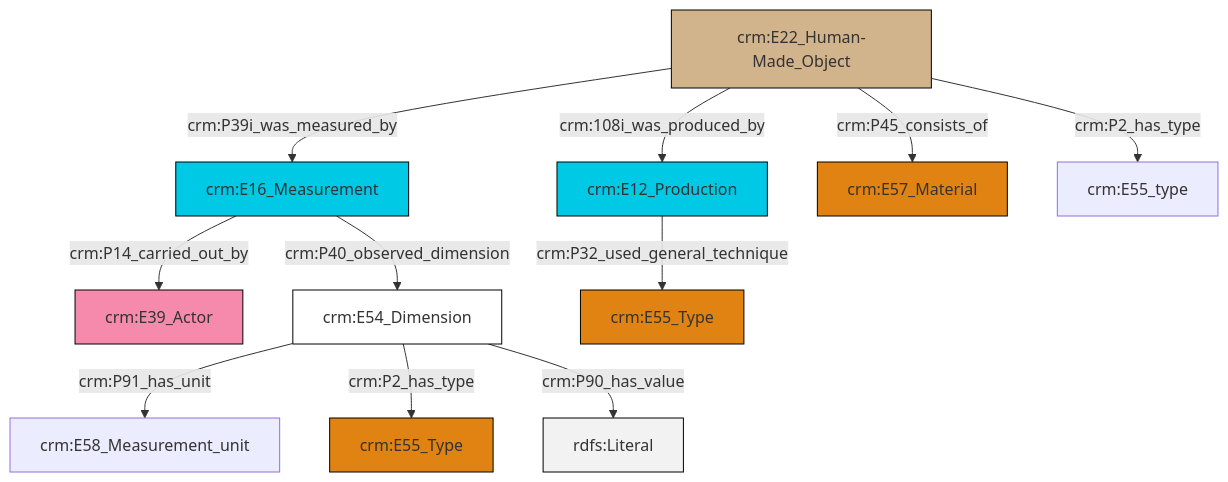
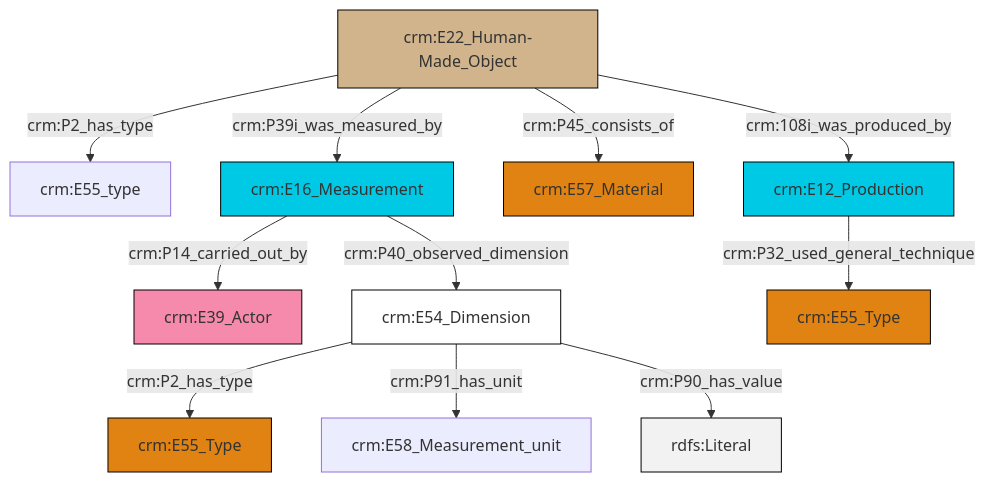
The diagram in et/builtWorkCSV/ttl/mmd/Built_Work_substance.ttl.mmd (swiss-art-research-net/reference-data-models), drawn with Mermaid before and after one commit. The commit also changed 131 other files, not shown here.

```diff
--- a/et/builtWorkCSV/ttl/mmd/Built_Work_substance.ttl.mmd
+++ b/et/builtWorkCSV/ttl/mmd/Built_Work_substance.ttl.mmd
@@ -1,25 +1,25 @@
 graph TD
 classDef Literal fill:#f2f2f2,stroke:#000000;
 classDef CRM_Entity fill:#FFFFFF,stroke:#000000;
 classDef Temporal_Entity fill:#00C9E6, stroke:#000000;
 classDef Type fill:#E18312, stroke:#000000;
 classDef Time-Span fill:#2C9C91, stroke:#000000;
 classDef Appellation fill:#FFEB7F, stroke:#000000;
 classDef Place fill:#008836, stroke:#000000;
 classDef Persistent_Item fill:#B266B2, stroke:#000000;
 classDef Conceptual_Object fill:#FFD700, stroke:#000000;
 classDef Physical_Thing fill:#D2B48C, stroke:#000000;
 classDef Actor fill:#f58aad, stroke:#000000;
 classDef PC_Classes fill:#4ce600, stroke:#000000;
 classDef Multi fill:#cccccc,stroke:#000000;
 
-0["crm:E16_Measurement"]:::Temporal_Entity -->|crm:P14_carried_out_by| 1["crm:E39_Actor"]:::Actor
-0["crm:E16_Measurement"]:::Temporal_Entity -->|crm:P40_observed_dimension| 2["crm:E54_Dimension"]:::CRM_Entity
-5["crm:E12_Production"]:::Temporal_Entity -->|crm:P32_used_general_technique| 6["crm:E55_Type"]:::Type
-15["crm:E22_Human-Made_Object"]:::Physical_Thing -->|crm:P2_has_type| 16["crm:E55_type"]:::Default
-15["crm:E22_Human-Made_Object"]:::Physical_Thing -->|crm:P39i_was_measured_by| 0["crm:E16_Measurement"]:::Temporal_Entity
-2["crm:E54_Dimension"]:::CRM_Entity -->|crm:P91_has_unit| 8["crm:E58_Measurement_unit"]:::Default
-15["crm:E22_Human-Made_Object"]:::Physical_Thing -->|crm:108i_was_produced_by| 5["crm:E12_Production"]:::Temporal_Entity
-2["crm:E54_Dimension"]:::CRM_Entity -->|crm:P2_has_type| 3["crm:E55_Type"]:::Type
-15["crm:E22_Human-Made_Object"]:::Physical_Thing -->|crm:P45_consists_of| 10["crm:E57_Material"]:::Type
-2["crm:E54_Dimension"]:::CRM_Entity -->|crm:P90_has_value| 19[rdfs:Literal]:::Literal
+4["crm:E54_Dimension"]:::CRM_Entity -->|crm:P2_has_type| 5["crm:E55_Type"]:::Type
+6["crm:E16_Measurement"]:::Temporal_Entity -->|crm:P40_observed_dimension| 4["crm:E54_Dimension"]:::CRM_Entity
+4["crm:E54_Dimension"]:::CRM_Entity -->|crm:P91_has_unit| 11["crm:E58_Measurement_unit"]:::Default
+4["crm:E54_Dimension"]:::CRM_Entity -->|crm:P90_has_value| 13[rdfs:Literal]:::Literal
+14["crm:E22_Human-Made_Object"]:::Physical_Thing -->|crm:P2_has_type| 0["crm:E55_type"]:::Default
+6["crm:E16_Measurement"]:::Temporal_Entity -->|crm:P14_carried_out_by| 2["crm:E39_Actor"]:::Actor
+14["crm:E22_Human-Made_Object"]:::Physical_Thing -->|crm:P39i_was_measured_by| 6["crm:E16_Measurement"]:::Temporal_Entity
+16["crm:E12_Production"]:::Temporal_Entity -->|crm:P32_used_general_technique| 18["crm:E55_Type"]:::Type
+14["crm:E22_Human-Made_Object"]:::Physical_Thing -->|crm:108i_was_produced_by| 16["crm:E12_Production"]:::Temporal_Entity
+14["crm:E22_Human-Made_Object"]:::Physical_Thing -->|crm:P45_consists_of| 9["crm:E57_Material"]:::Type
```
